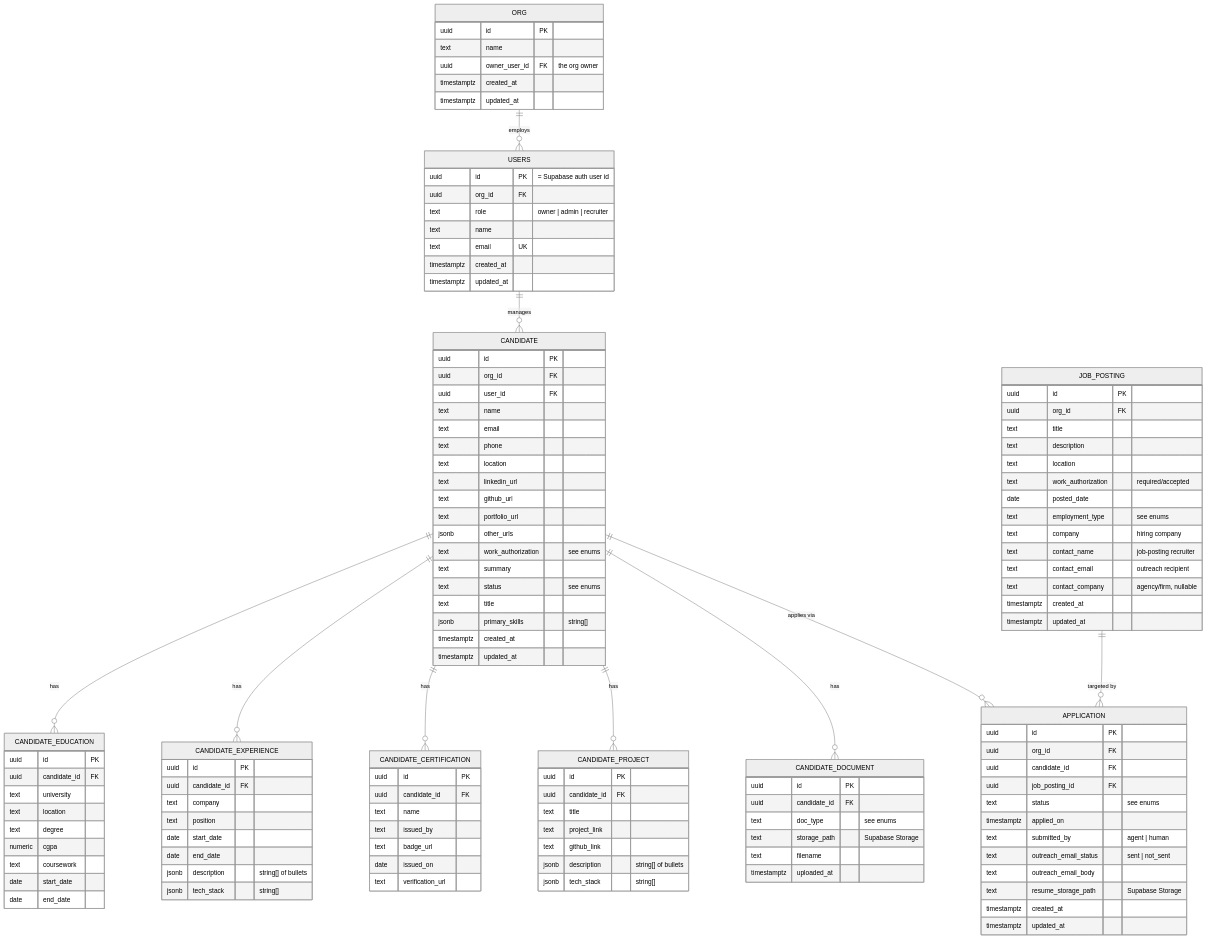
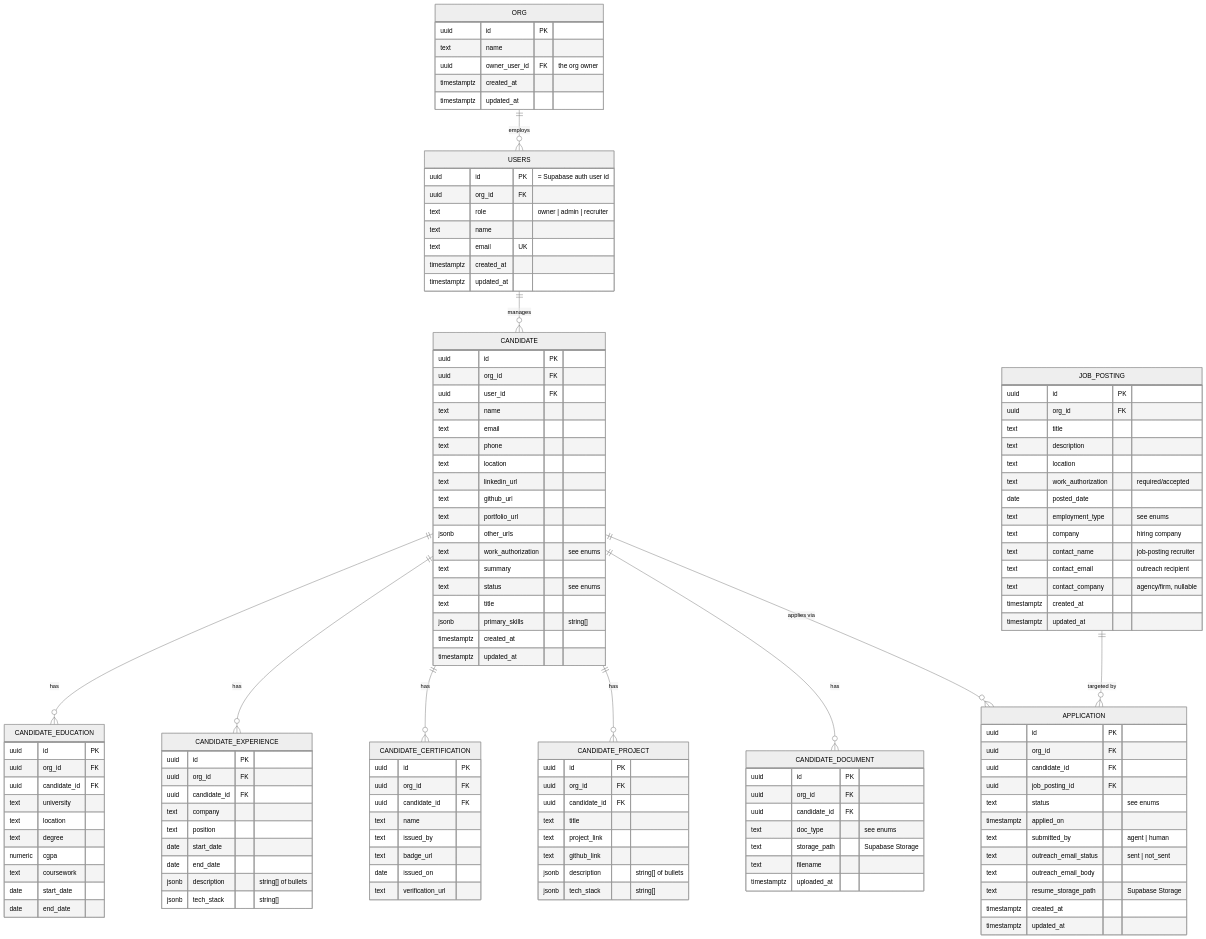
The diagram in docs/database-schema-v1.md (nikhil-chigali/bench-recruiter-agent), drawn with Mermaid (neutral theme) before and after one commit. The commit also changed other lines of this file and 67 other files, not shown here.

```diff
--- a/docs/database-schema-v1.md
+++ b/docs/database-schema-v1.md
@@ -61,6 +61,7 @@
     }
     CANDIDATE_EDUCATION {
         uuid id PK
+        uuid org_id FK
         uuid candidate_id FK
         text university
         text location
@@ -72,6 +73,7 @@
     }
     CANDIDATE_EXPERIENCE {
         uuid id PK
+        uuid org_id FK
         uuid candidate_id FK
         text company
         text position
@@ -82,6 +84,7 @@
     }
     CANDIDATE_CERTIFICATION {
         uuid id PK
+        uuid org_id FK
         uuid candidate_id FK
         text name
         text issued_by
@@ -91,6 +94,7 @@
     }
     CANDIDATE_PROJECT {
         uuid id PK
+        uuid org_id FK
         uuid candidate_id FK
         text title
         text project_link
@@ -100,6 +104,7 @@
     }
     CANDIDATE_DOCUMENT {
         uuid id PK
+        uuid org_id FK
         uuid candidate_id FK
         text doc_type "see enums"
         text storage_path "Supabase Storage"
```
